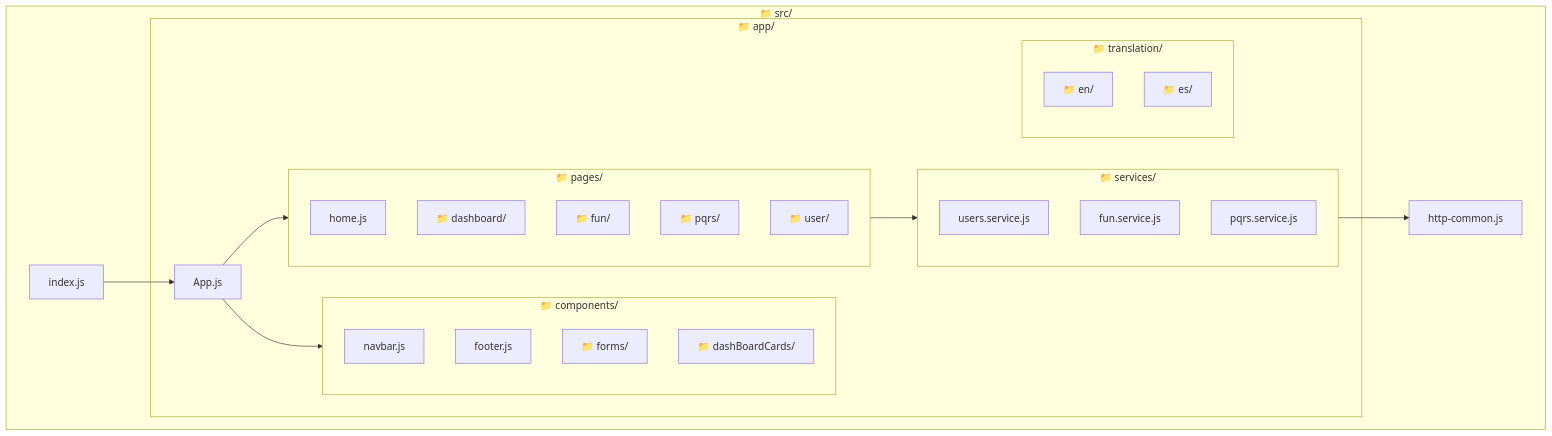
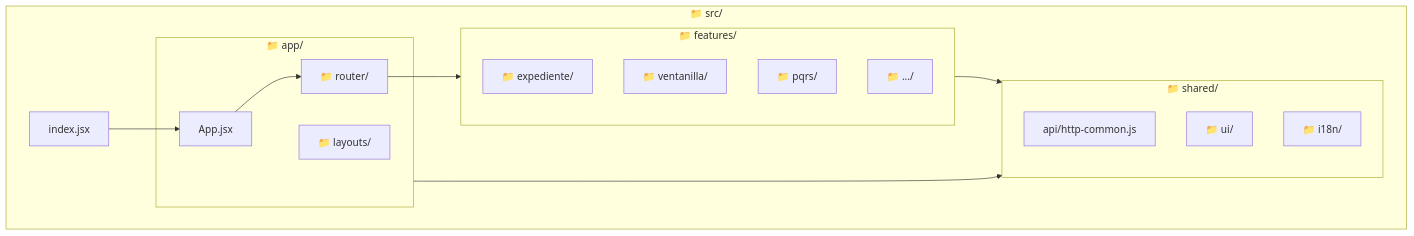
The second of 7 diagrams in src/features/help/dev_guide/guide/guide_dev_03.md (neoygdrassyl/bedrock_client), drawn with Mermaid before and after one commit. The commit also changed other lines of this file and 3 other files, not shown here.

````diff
--- a/src/features/help/dev_guide/guide/guide_dev_03.md
+++ b/src/features/help/dev_guide/guide/guide_dev_03.md
@@ -119,43 +101,31 @@
 ```mermaid
 flowchart TB
     subgraph src["📁 src/"]
-        index[index.js]
-        http[http-common.js]
-        
+        index[index.jsx]
+
         subgraph app["📁 app/"]
-            App[App.js]
-            
-            subgraph components["📁 components/"]
-                navbar[navbar.js]
-                footer[footer.js]
-                forms[📁 forms/]
-                cards[📁 dashBoardCards/]
-            end
-            
-            subgraph pages["📁 pages/"]
-                home[home.js]
-                dashboard[📁 dashboard/]
-                fun[📁 fun/]
-                pqrs[📁 pqrs/]
-                user[📁 user/]
-            end
-            
-            subgraph services["📁 services/"]
-                userSvc[users.service.js]
-                funSvc[fun.service.js]
-                pqrsSvc[pqrs.service.js]
-            end
-            
-            subgraph translation["📁 translation/"]
-                en[📁 en/]
-                es[📁 es/]
-            end
+            App[App.jsx]
+            router[📁 router/]
+            layouts[📁 layouts/]
+        end
+
+        subgraph features["📁 features/"]
+            expediente[📁 expediente/]
+            ventanilla[📁 ventanilla/]
+            pqrs[📁 pqrs/]
+            others[📁 .../]
+        end
+
+        subgraph shared["📁 shared/"]
+            http[api/http-common.js]
+            ui[📁 ui/]
+            i18n[📁 i18n/]
         end
     end
-    
+
     index --> App
-    App --> pages
-    pages --> services
-    services --> http
-    App --> components
+    App --> router
+    router --> features
+    features --> shared
+    app --> shared
 ```
````
